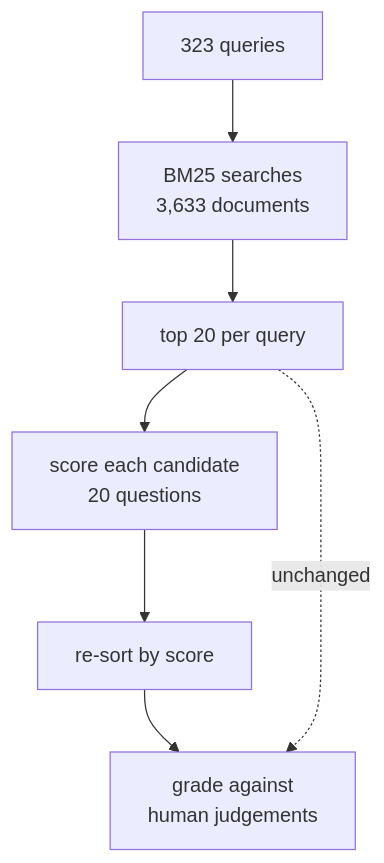
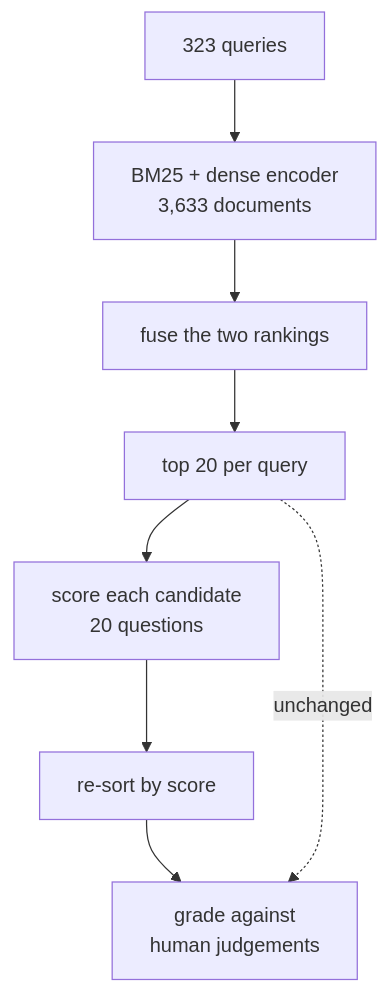
The diagram in rerank/README.md (nadeem4/ai-experiments), drawn with Mermaid before and after one commit. The commit also changed other lines of this file and 10 other files, not shown here.

````diff
--- a/rerank/README.md
+++ b/rerank/README.md
@@ -40,9 +42,10 @@
 ```mermaid
 flowchart TB
-    Q["323 queries"] --> B["BM25 searches<br/>3,633 documents"]
-    B --> C["top 20 per query"]
+    Q["323 queries"] --> B["BM25 + dense encoder<br/>3,633 documents"]
+    B --> F["fuse the two rankings"]
+    F --> C["top 20 per query"]
     C --> S["score each candidate<br/>20 questions"]
     S --> O["re-sort by score"]
     O --> E["grade against<br/>human judgements"]
     C -.->|"unchanged"| E
 ```
````
